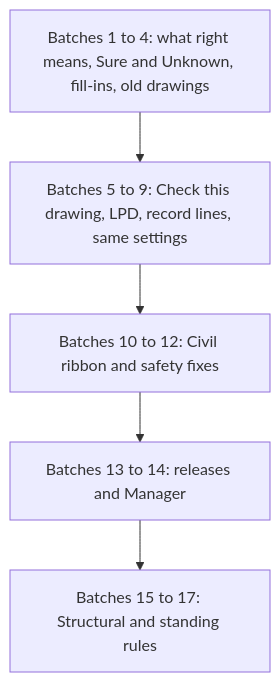
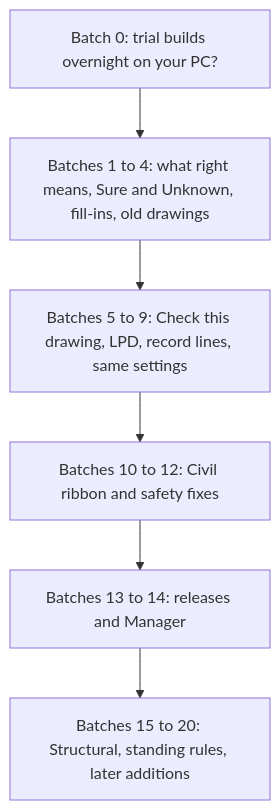
The diagram in areas/TRUST_QUESTIONS_FOR_TIM.md (timbrand92/CE_PLAN), drawn with Mermaid before and after one commit. The commit also changed other lines of this file and 1 other file, not shown here.

Commit message:
Trust plan 02: questions file batch 0 (overnight trial installs) and the new draft defaults, 79 questions

````diff
--- a/areas/TRUST_QUESTIONS_FOR_TIM.md
+++ b/areas/TRUST_QUESTIONS_FOR_TIM.md
@@ -15,7 +15,8 @@
 ```mermaid
 flowchart TD
+    Z[Batch 0: trial builds overnight on your PC?] --> A
     A[Batches 1 to 4: what right means, Sure and Unknown, fill-ins, old drawings] --> B[Batches 5 to 9: Check this drawing, LPD, record lines, same settings]
     B --> C[Batches 10 to 12: Civil ribbon and safety fixes]
     C --> D[Batches 13 to 14: releases and Manager]
-    D --> E[Batches 15 to 17: Structural and standing rules]
+    D --> E[Batches 15 to 20: Structural, standing rules, later additions]
 ```
````
